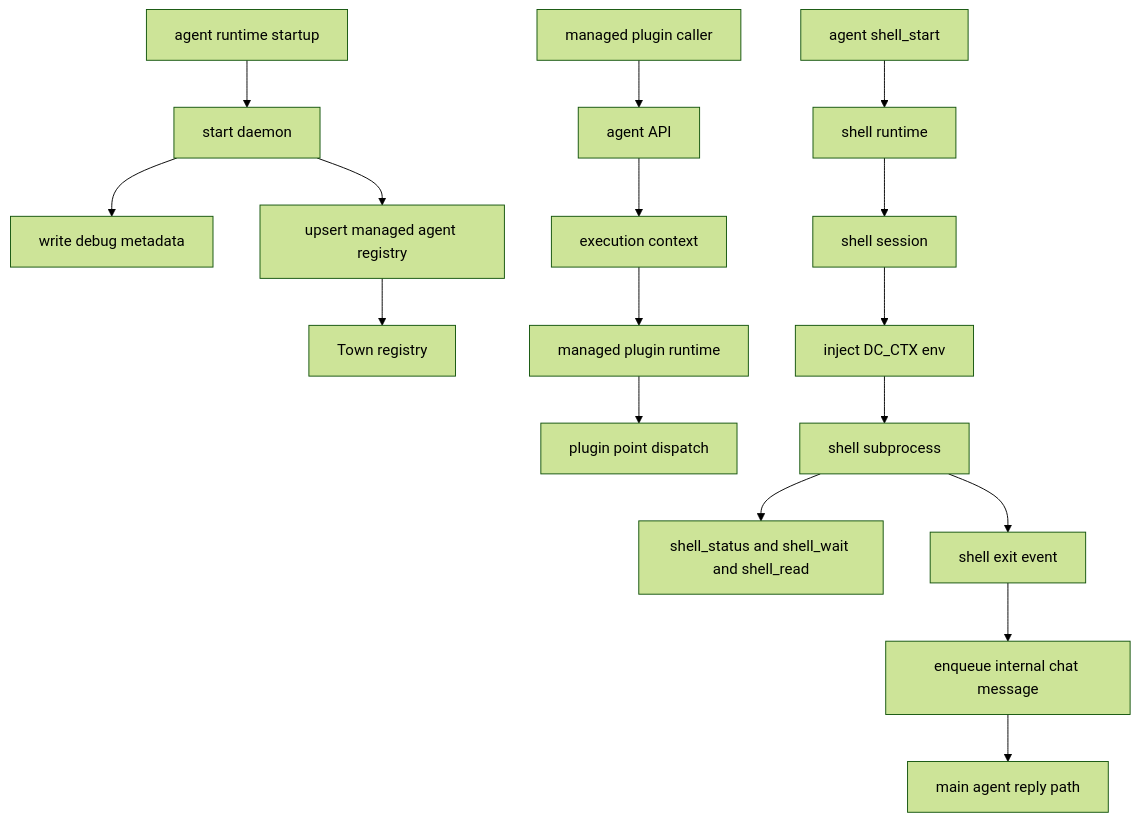
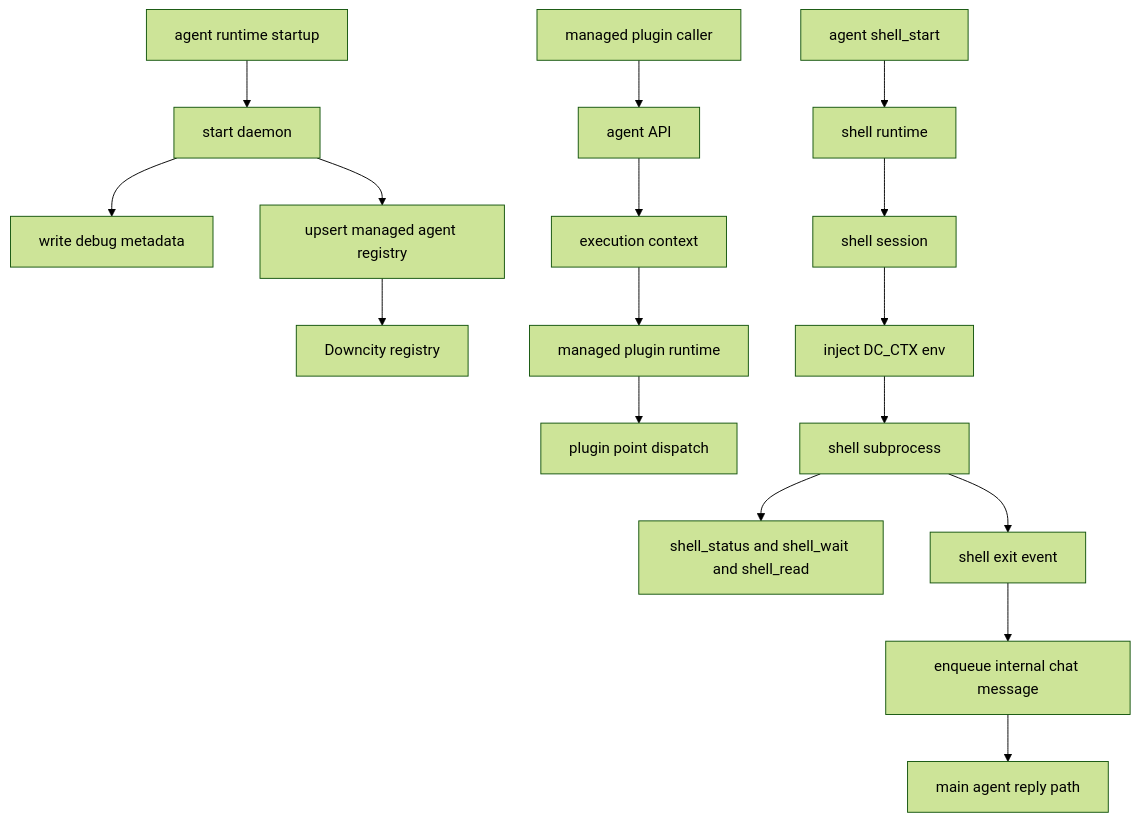
One commit to wangenius/downcity changed the diagram in homepage/content/docs/en/concepts/console-registration-and-shell-flow.mdx. Above: the diagram before and after it, drawn with Mermaid (forest theme). The commit also changed other lines of this file and 1267 other files, not shown here.

First line of the commit message:
refactor(agent,cli,homepage): 统一代码注释与文档术语 town → downcity/city

````diff
--- a/homepage/content/docs/en/concepts/console-registration-and-shell-flow.mdx
+++ b/homepage/content/docs/en/concepts/console-registration-and-shell-flow.mdx
@@ -33,21 +33,21 @@
 ```mermaid
 flowchart TD
   A["agent runtime startup"] --> B["start daemon"]
   B --> C["write debug metadata"]
   B --> D["upsert managed agent registry"]
-  D --> E["Town registry"]
+  D --> E["Downcity registry"]
 
   F["managed plugin caller"] --> G["agent API"]
   G --> H["execution context"]
   H --> I["managed plugin runtime"]
   I --> J["plugin point dispatch"]
 
   L["agent shell_start"] --> M["shell runtime"]
   M --> N["shell session"]
   N --> O["inject DC_CTX env"]
   O --> P["shell subprocess"]
   P --> Q["shell_status and shell_wait and shell_read"]
   P --> R["shell exit event"]
   R --> S["enqueue internal chat message"]
   S --> T["main agent reply path"]
 ```
````
